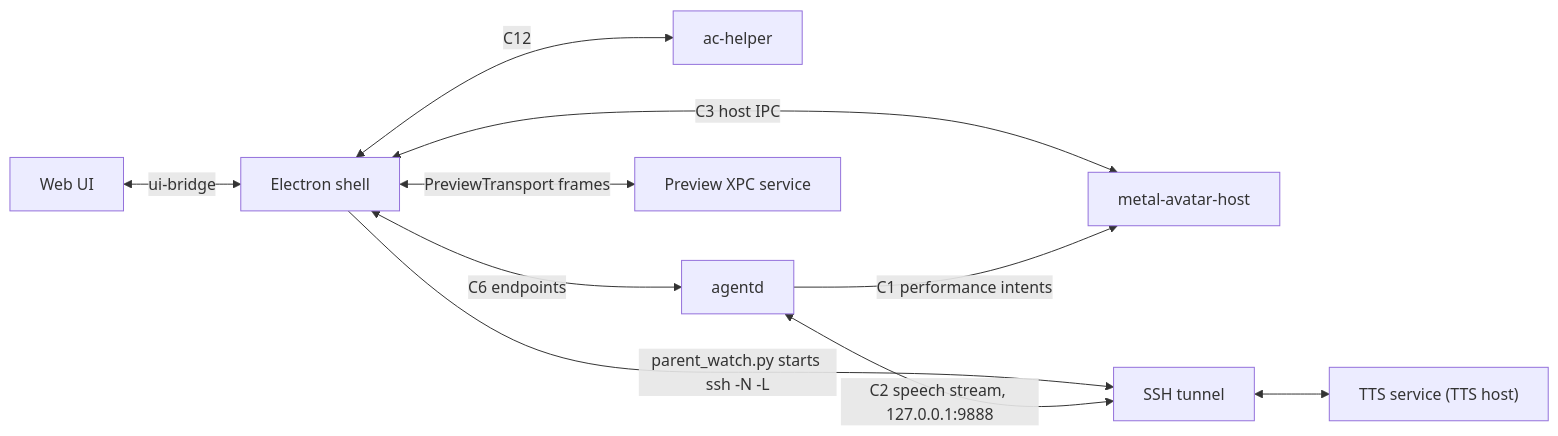
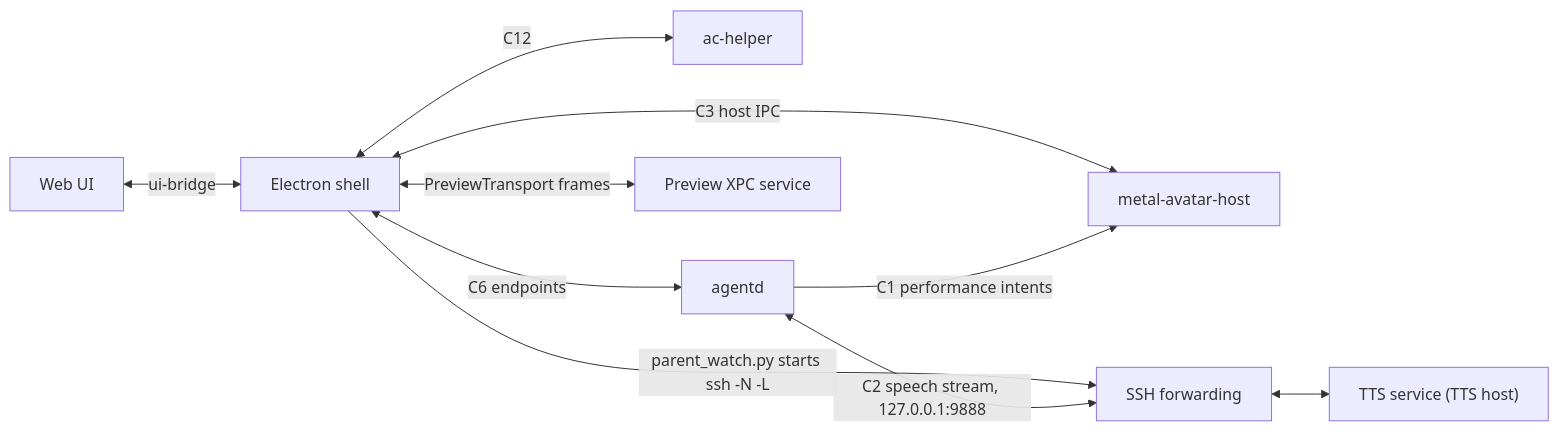
One commit to Paradox07127/Automated-Agentic-Complex changed the diagram in docs/architecture/overview.en.md. Above: the diagram before and after it, drawn with Mermaid. The commit also changed other lines of this file and 18 other files, not shown here.

````diff
--- a/docs/architecture/overview.en.md
+++ b/docs/architecture/overview.en.md
@@ -42,12 +42,12 @@
 ```mermaid
 flowchart LR
   W[Web UI] <-->|ui-bridge| C[Electron shell]
   C <-->|C12| X[ac-helper]
   C <-->|C6 endpoints| A[agentd]
   C <-->|C3 host IPC| H[metal-avatar-host]
   C <-->|PreviewTransport frames| P[Preview XPC service]
   A -->|C1 performance intents| H
-  C -->|parent_watch.py starts ssh -N -L| S[SSH tunnel]
+  C -->|parent_watch.py starts ssh -N -L| S[SSH forwarding]
   A <-->|C2 speech stream, 127.0.0.1:9888| S
   S <--> T["TTS service (TTS host)"]
 ```
````
